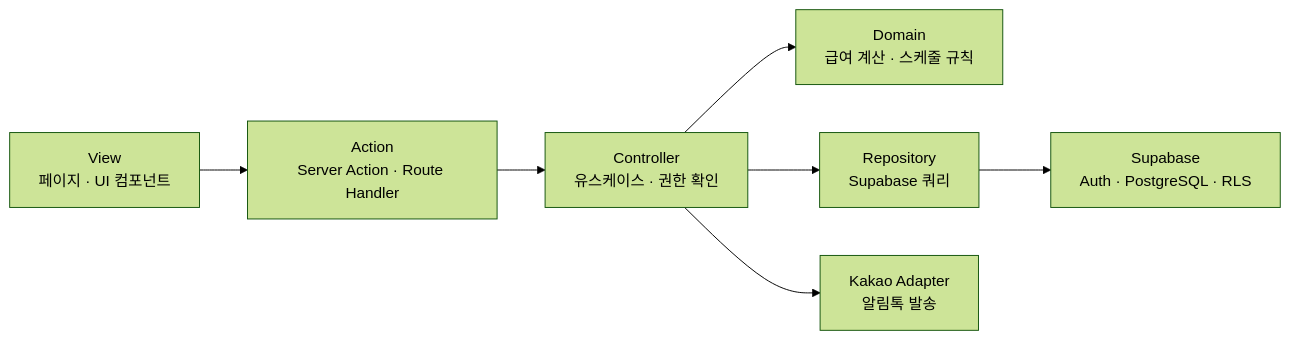
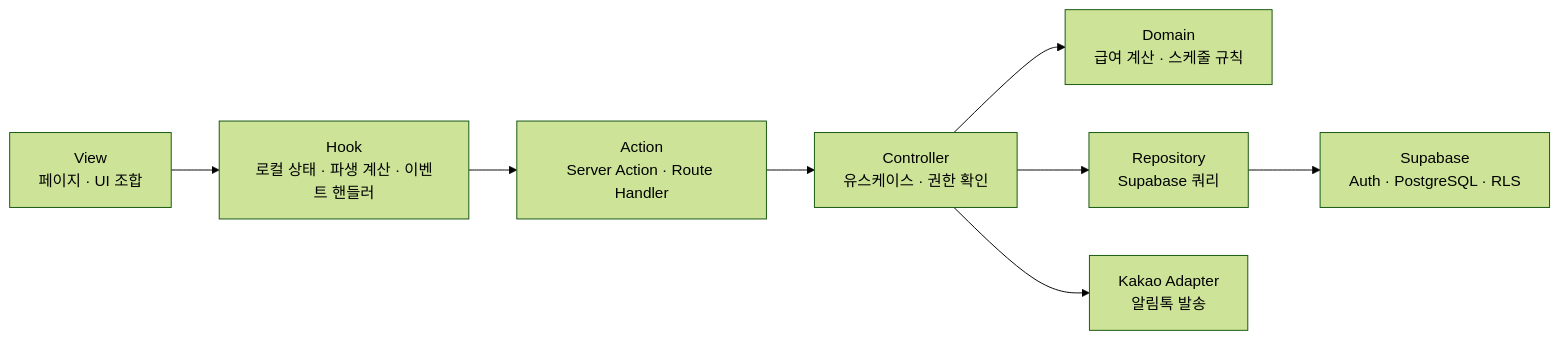
One commit to dv-yeop920/Lavi-crew changed the diagram in docs/architecture.md. Above: the diagram before and after it, drawn with Mermaid (forest theme). The commit also changed other lines of this file and 133 other files, not shown here.

First line of the commit message:
feat: complete monthly schedule registration flow with draft overlay

````diff
--- a/docs/architecture.md
+++ b/docs/architecture.md
@@ -15,9 +15,10 @@
 ```mermaid
 flowchart LR
-  V["View<br/>페이지 · UI 컴포넌트"] --> A["Action<br/>Server Action · Route Handler"]
+  V["View<br/>페이지 · UI 조합"] --> H["Hook<br/>로컬 상태 · 파생 계산 · 이벤트 핸들러"]
+  H --> A["Action<br/>Server Action · Route Handler"]
   A --> C["Controller<br/>유스케이스 · 권한 확인"]
   C --> D["Domain<br/>급여 계산 · 스케줄 규칙"]
   C --> R["Repository<br/>Supabase 쿼리"]
   R --> S["Supabase<br/>Auth · PostgreSQL · RLS"]
   C --> K["Kakao Adapter<br/>알림톡 발송"]
 ```
````
